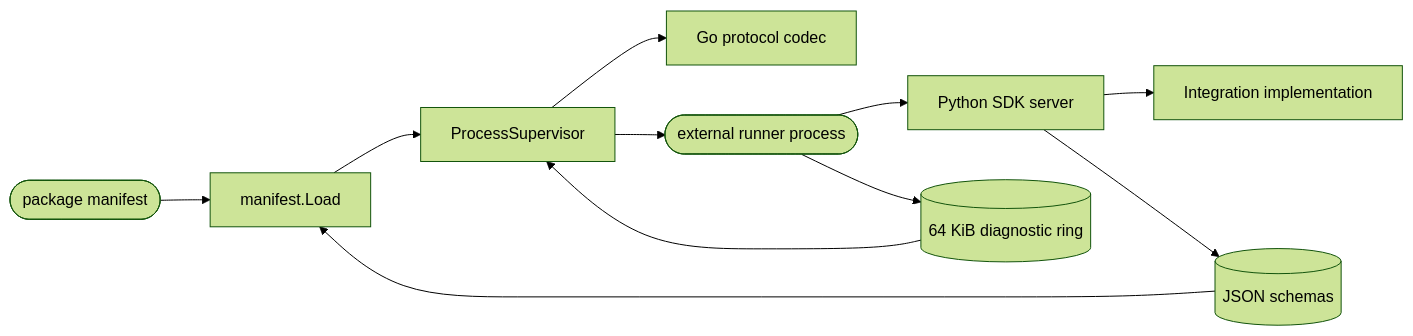
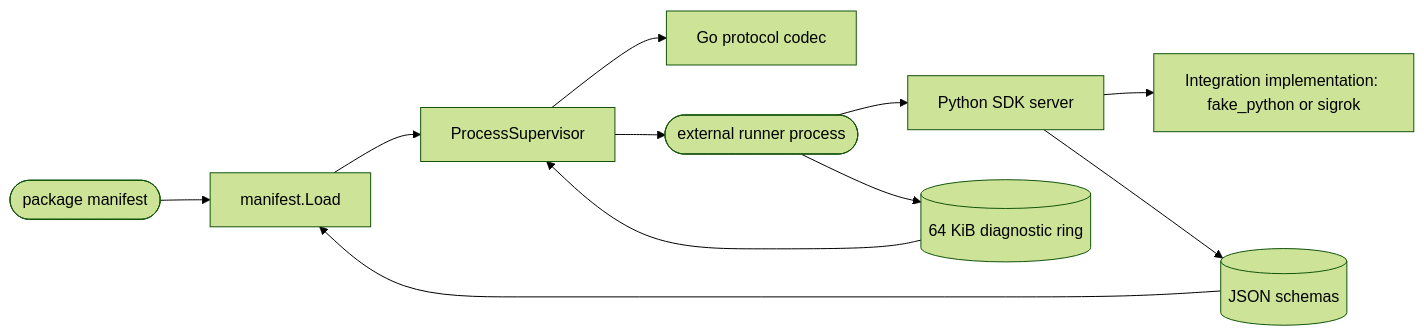
One commit to DDP-Engineering/2026_Networked_Intelligent_Lab_Orchestrator changed the diagram in .agentic/knowledge/integration-platform.md. Above: the diagram before and after it, drawn with Mermaid (forest theme). The commit also changed other lines of this file and 95 other files, not shown here.

First line of the commit message:
feat: integrate sigrok with managed plugin lifecycle and bench jobs

````diff
--- a/.agentic/knowledge/integration-platform.md
+++ b/.agentic/knowledge/integration-platform.md
@@ -22,22 +36,22 @@
 ```mermaid
 flowchart LR
     manifest(["package manifest"])
     loader["manifest.Load"]
     supervisor["ProcessSupervisor"]
     codec["Go protocol codec"]
     process(["external runner process"])
     sdk["Python SDK server"]
-    plugin["Integration implementation"]
+    plugin["Integration implementation: fake_python or sigrok"]
     schemas[("JSON schemas")]
     stderr[("64 KiB diagnostic ring")]
     manifest --> loader
     schemas --> loader
     loader --> supervisor
     supervisor --> process
     supervisor --> codec
     process --> sdk
     sdk --> plugin
     sdk --> schemas
     process --> stderr
     stderr --> supervisor
 ```
````
